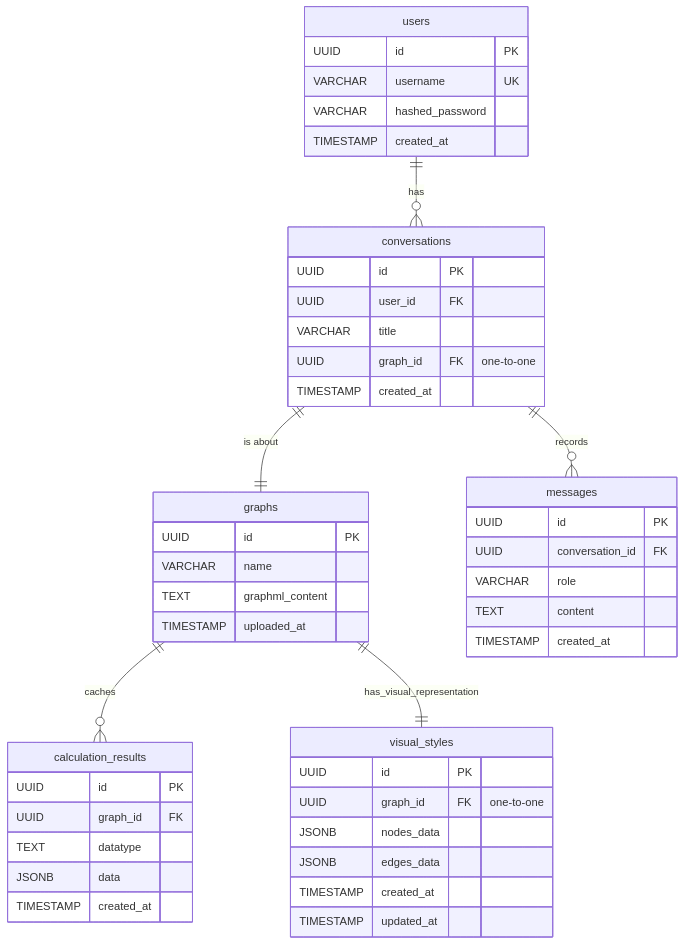
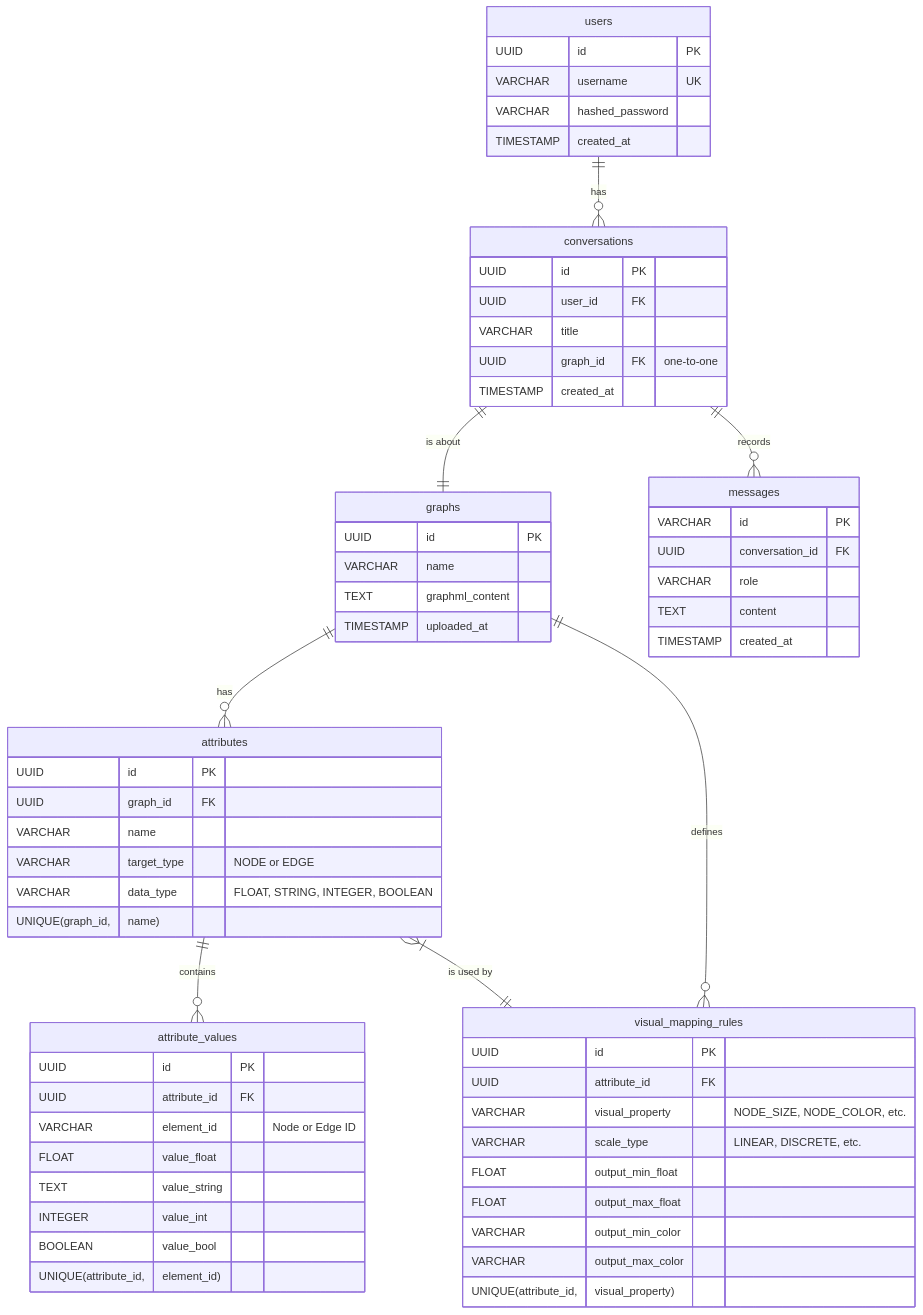
The diagram in specification/database-schema.md (vdslab/LLMGraphvis), drawn with Mermaid before and after one commit. The commit also changed other lines of this file and 6 other files, not shown here.

First line of the commit message:
Refactor: Eliminate JSONB, normalize DB schema, and refine LLM tool-calling flow

````diff
--- a/specification/database-schema.md
+++ b/specification/database-schema.md
@@ -11,55 +11,72 @@
 ```mermaid
 erDiagram
     users ||--o{ conversations : "has"
     conversations ||--|| graphs : "is about"
     conversations ||--o{ messages : "records"
-    graphs ||--o{ calculation_results : "caches"
-    graphs ||--|| visual_styles : "has_visual_representation"
+    graphs ||--o{ attributes : "has"
+    attributes ||--o{ attribute_values : "contains"
+    graphs ||--o{ visual_mapping_rules : "defines"
+    attributes }|--|| visual_mapping_rules : "is used by"
 
     users {
         UUID id PK
         VARCHAR username UK
         VARCHAR hashed_password
         TIMESTAMP created_at
     }
 
     conversations {
         UUID id PK
         UUID user_id FK
         VARCHAR title
         UUID graph_id FK "one-to-one"
         TIMESTAMP created_at
     }
 
     graphs {
         UUID id PK
         VARCHAR name
         TEXT graphml_content
         TIMESTAMP uploaded_at
     }
 
     messages {
-        UUID id PK
+        VARCHAR id PK
         UUID conversation_id FK
         VARCHAR role
         TEXT content
         TIMESTAMP created_at
     }
 
-    calculation_results {
+    attributes {
         UUID id PK
         UUID graph_id FK
-        TEXT datatype
-        JSONB data
-        TIMESTAMP created_at
+        VARCHAR name
+        VARCHAR target_type "NODE or EDGE"
+        VARCHAR data_type "FLOAT, STRING, INTEGER, BOOLEAN"
+        UNIQUE(graph_id, name)
     }
 
-    visual_styles {
+    attribute_values {
         UUID id PK
-        UUID graph_id FK "one-to-one"
-        JSONB nodes_data
-        JSONB edges_data
-        TIMESTAMP created_at
-        TIMESTAMP updated_at
+        UUID attribute_id FK
+        VARCHAR element_id "Node or Edge ID"
+        FLOAT value_float
+        TEXT value_string
+        INTEGER value_int
+        BOOLEAN value_bool
+        UNIQUE(attribute_id, element_id)
+    }
+
+    visual_mapping_rules {
+        UUID id PK
+        UUID attribute_id FK
+        VARCHAR visual_property "NODE_SIZE, NODE_COLOR, etc."
+        VARCHAR scale_type "LINEAR, DISCRETE, etc."
+        FLOAT output_min_float
+        FLOAT output_max_float
+        VARCHAR output_min_color
+        VARCHAR output_max_color
+        UNIQUE(attribute_id, visual_property)
     }
 ```
````
